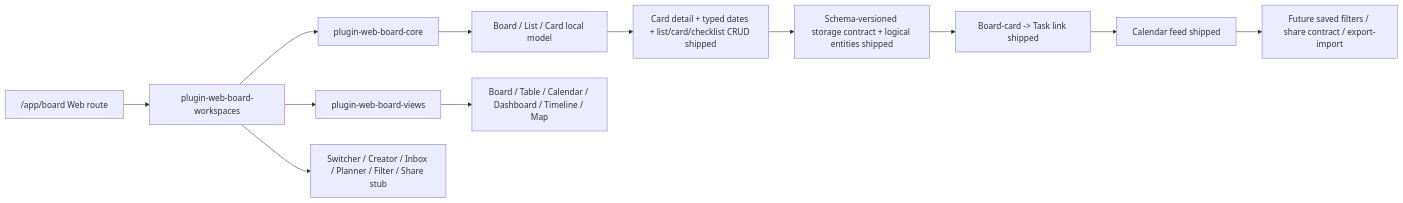
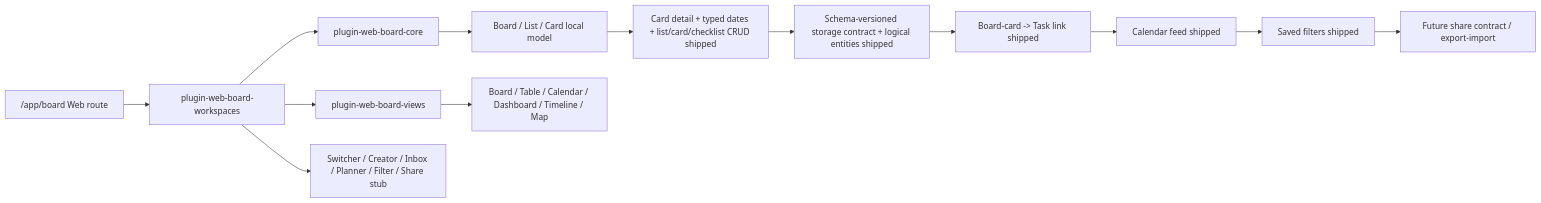
Before and after one commit to jinlong17/XAI_Desktop: the diagram in docs/workflow/roadmap/xai-web-project-module.md, drawn with Mermaid. The commit also changed other lines of this file and 4 other files, not shown here.

Commit message:
docs(web-board-saved-filters): mark shipped

````diff
--- a/docs/workflow/roadmap/xai-web-project-module.md
+++ b/docs/workflow/roadmap/xai-web-project-module.md
@@ -50,14 +50,15 @@
 ```mermaid
 flowchart LR
   A["/app/board Web route"] --> B["plugin-web-board-workspaces"]
   B --> C["plugin-web-board-core"]
   B --> D["plugin-web-board-views"]
   C --> E["Board / List / Card local model"]
   D --> F["Board / Table / Calendar / Dashboard / Timeline / Map"]
   B --> G["Switcher / Creator / Inbox / Planner / Filter / Share stub"]
   E --> H["Card detail + typed dates + list/card/checklist CRUD shipped"]
   H --> I["Schema-versioned storage contract + logical entities shipped"]
   I --> J["Board-card -> Task link shipped"]
   J --> K["Calendar feed shipped"]
-  K --> L["Future saved filters / share contract / export-import"]
+  K --> L["Saved filters shipped"]
+  L --> M["Future share contract / export-import"]
 ```
````
